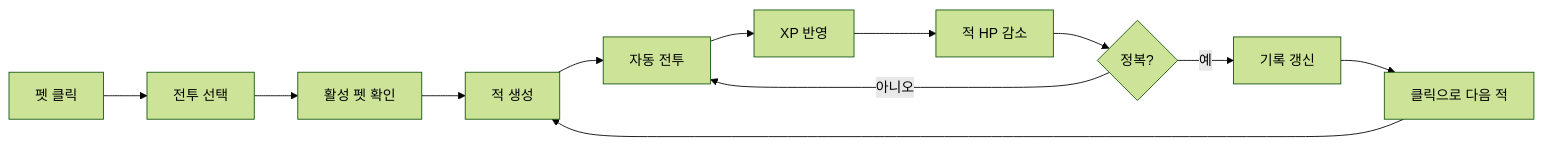
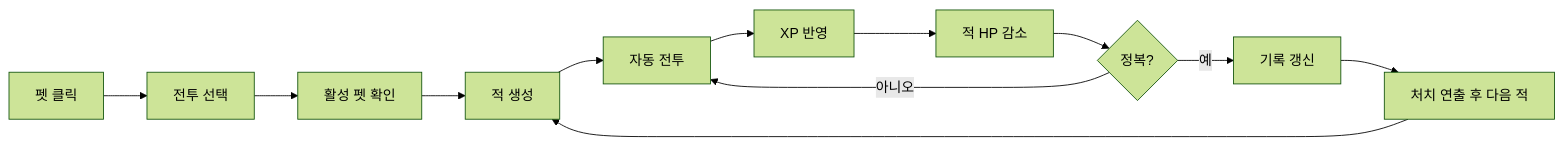
One commit to petto-petto/petto-petto changed the diagram in packages/pet-battle/docs/battle-system.md. Above: the diagram before and after it, drawn with Mermaid (forest theme). The commit also changed other lines of this file and 187 other files, not shown here.

````diff
--- a/packages/pet-battle/docs/battle-system.md
+++ b/packages/pet-battle/docs/battle-system.md
@@ -5,14 +7,14 @@
 ```mermaid
 flowchart LR
   A[펫 클릭] --> B[전투 선택]
   B --> C[활성 펫 확인]
   C --> D[적 생성]
   D --> E[자동 전투]
   E --> F[XP 반영]
   F --> G[적 HP 감소]
   G --> H{정복?}
   H -- 아니오 --> E
   H -- 예 --> I[기록 갱신]
-  I --> J[클릭으로 다음 적]
+  I --> J[처치 연출 후 다음 적]
   J --> D
 ```
````
